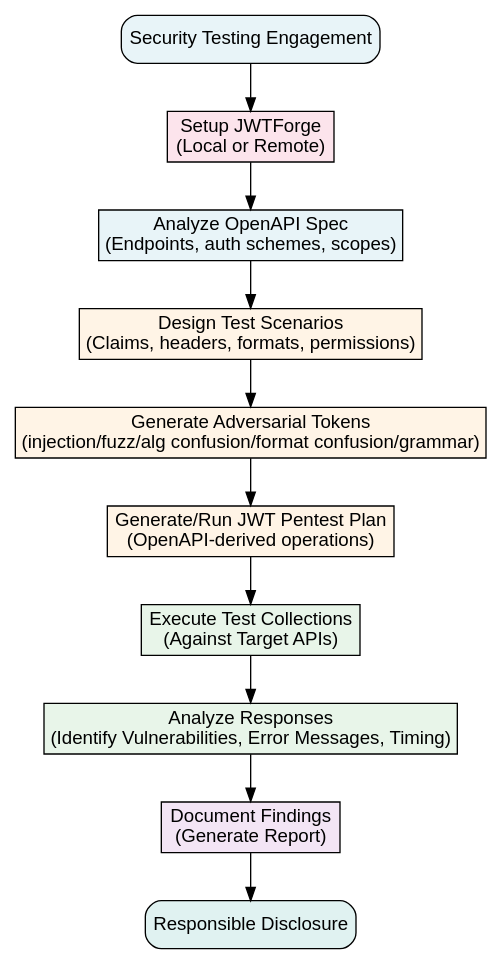
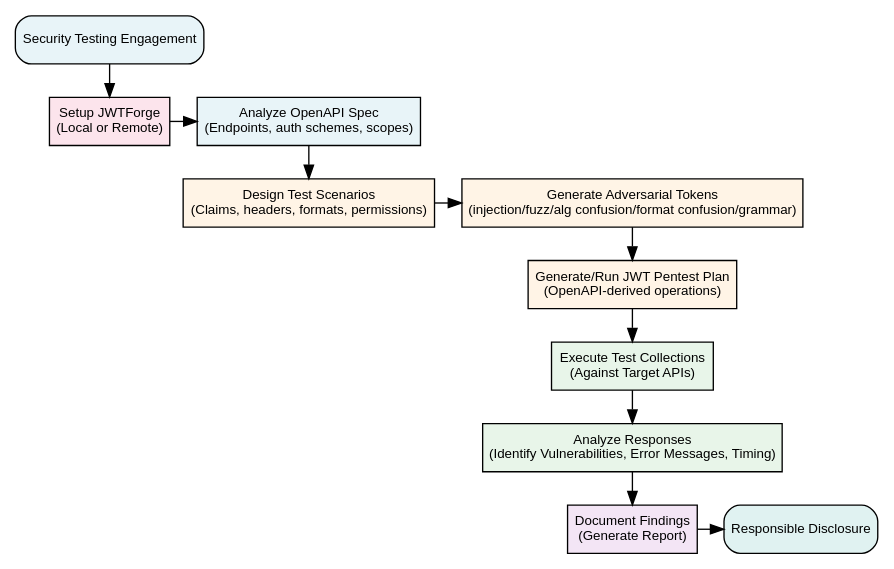
One commit to abhishektiwari/jwtforge changed the diagram in paper/images/graphviz/jwtforge-researcher-workflow.dot. Above: the diagram before and after it, drawn with Graphviz. The commit also changed 3 other files, not shown here.

Commit message:
Update diagrams

```diff
--- a/paper/images/graphviz/jwtforge-researcher-workflow.dot
+++ b/paper/images/graphviz/jwtforge-researcher-workflow.dot
@@ -1,27 +1,32 @@
 digraph researcher_workflow {
     fontname="Helvetica,Arial,sans-serif"
-    node [fontname="Helvetica,Arial,sans-serif", style=filled]
-    edge [fontname="Helvetica,Arial,sans-serif"]
+    graph [ranksep=0.35, nodesep=0.28, margin=0.03]
+    node [fontname="Helvetica,Arial,sans-serif", fontsize=10, margin="0.08,0.05", style=filled]
+    edge [fontname="Helvetica,Arial,sans-serif", fontsize=9]
     rankdir=TB;
 
     start [label="Security Testing Engagement", shape=box, fillcolor="#E8F4F8", style="filled,rounded"]
     setup [label="Setup JWTForge\n(Local or Remote)", shape=box, fillcolor="#FCE4EC"]
     openapi [label="Analyze OpenAPI Spec\n(Endpoints, auth schemes, scopes)", shape=box, fillcolor="#E8F4F8"]
     design [label="Design Test Scenarios\n(Claims, headers, formats, permissions)", shape=box, fillcolor="#FFF4E6"]
     payload [label="Generate Adversarial Tokens\n(injection/fuzz/alg confusion/format confusion/grammar)", shape=box, fillcolor="#FFF4E6"]
     pentest [label="Generate/Run JWT Pentest Plan\n(OpenAPI-derived operations)", shape=box, fillcolor="#FFF4E6"]
     postman_test [label="Execute Test Collections\n(Against Target APIs)", shape=box, fillcolor="#E8F5E9"]
     analyze [label="Analyze Responses\n(Identify Vulnerabilities, Error Messages, Timing)", shape=box, fillcolor="#E8F5E9"]
     document [label="Document Findings\n(Generate Report)", shape=box, fillcolor="#F3E5F5"]
     disclose [label="Responsible Disclosure", shape=box, fillcolor="#E0F2F1", style="filled,rounded"]
 
+    { rank=same; setup; openapi }
+    { rank=same; design; payload }
+    { rank=same; document; disclose }
+
     start -> setup
     setup -> openapi
     openapi -> design
     design -> payload
     payload -> pentest
     pentest -> postman_test
     postman_test -> analyze
     analyze -> document
     document -> disclose
 }
```
